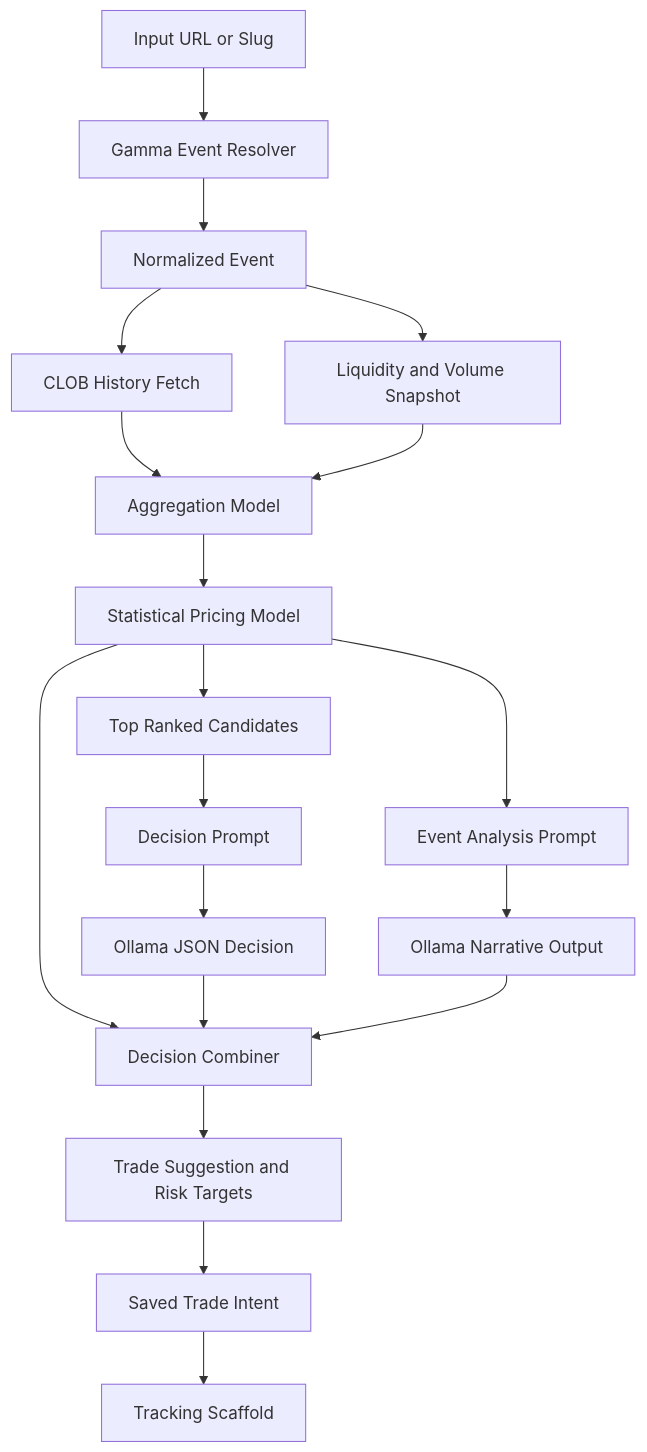
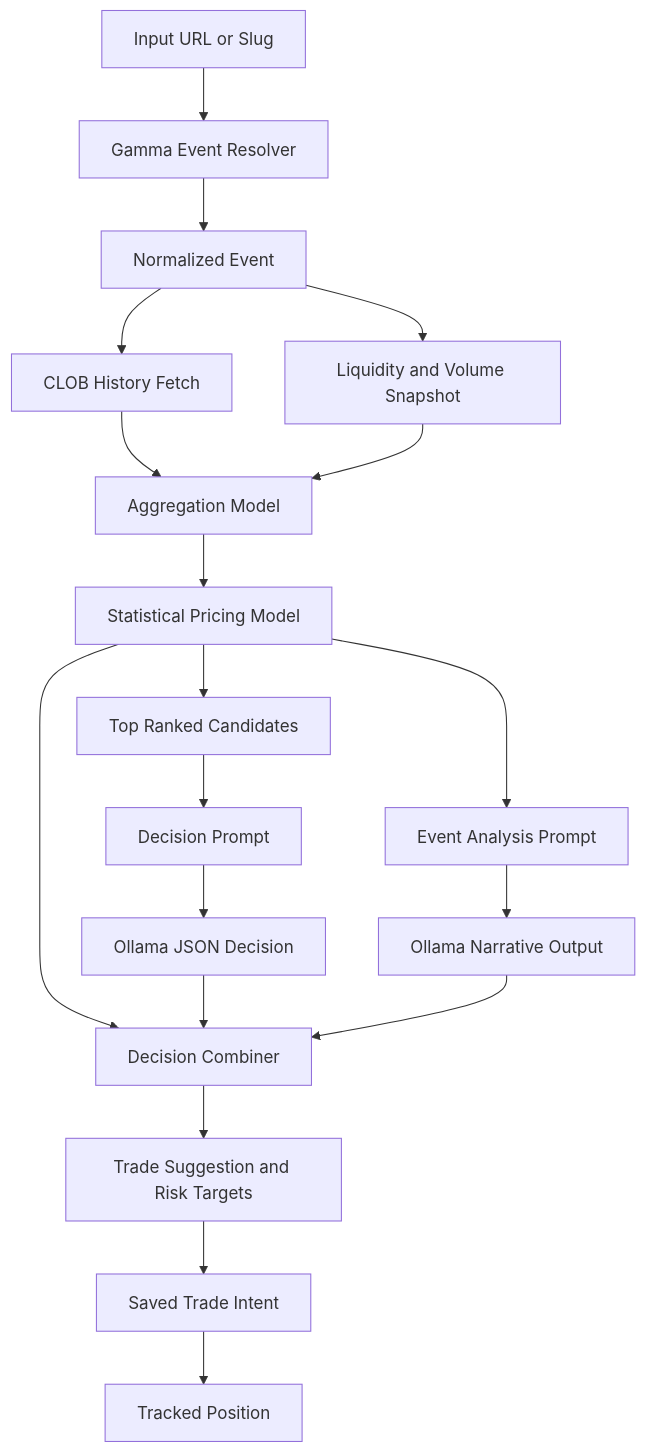
One commit to npyrz/probis changed the third of 3 diagrams in README.md. Above: the diagram before and after it, drawn with Mermaid. The commit also changed other lines of this file, not shown here.

````diff
--- a/README.md
+++ b/README.md
@@ -413,21 +328,21 @@
 ```mermaid
 flowchart TD
 		A[Input URL or Slug] --> B[Gamma Event Resolver]
 		B --> C[Normalized Event]
 		C --> D[CLOB History Fetch]
 		C --> E[Liquidity and Volume Snapshot]
 		D --> F[Aggregation Model]
 		E --> F
 		F --> G[Statistical Pricing Model]
 		G --> H[Top Ranked Candidates]
 		G --> I[Event Analysis Prompt]
 		H --> J[Decision Prompt]
 		I --> K[Ollama Narrative Output]
 		J --> L[Ollama JSON Decision]
 		G --> M[Decision Combiner]
 		L --> M
 		K --> M
 		M --> N[Trade Suggestion and Risk Targets]
 		N --> O[Saved Trade Intent]
-		O --> P[Tracking Scaffold]
+		O --> P[Tracked Position]
 ```
````
